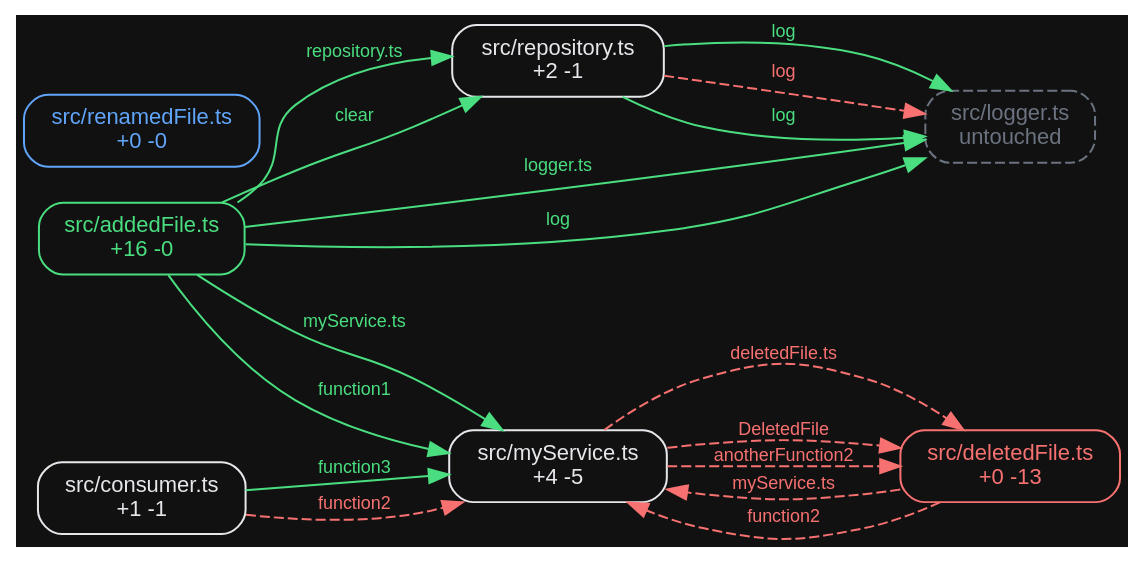
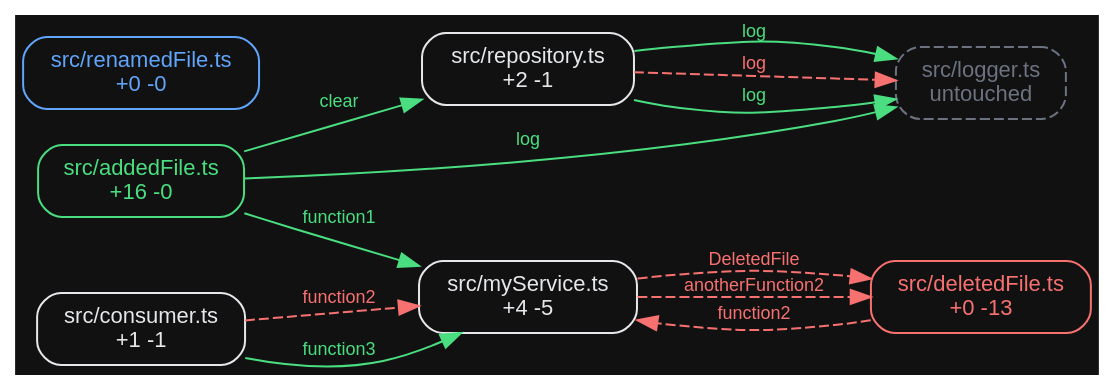
Before and after one commit to PowerEngine98/odin-pr-review: the diagram in docs/examples/graph.dot, drawn with Graphviz. The commit also changed 58 other files, not shown here.

```diff
--- a/docs/examples/graph.dot
+++ b/docs/examples/graph.dot
@@ -1,31 +1,26 @@
 digraph odin {
   bgcolor="#111111";
   rankdir=LR;
   node [shape=box style=rounded fontname="Helvetica" fontsize=11];
   edge [fontname="Helvetica" fontsize=9];
 
   "n:9518c3291d8e" [label="src/addedFile.ts\n+16 -0" color="#4ade80" fontcolor="#4ade80" style="rounded"];
   "n:a5d65acaa45a" [label="src/consumer.ts\n+1 -1" color="#e5e7eb" fontcolor="#e5e7eb" style="rounded"];
   "n:b2a4cf4d702e" [label="src/deletedFile.ts\n+0 -13" color="#f87171" fontcolor="#f87171" style="rounded"];
   "n:7ca9a636a596" [label="src/logger.ts\nuntouched" color="#6b7280" fontcolor="#6b7280" style="rounded,dashed"];
   "n:5353548f9372" [label="src/myService.ts\n+4 -5" color="#e5e7eb" fontcolor="#e5e7eb" style="rounded"];
   "n:d26c6859c04e" [label="src/renamedFile.ts\n+0 -0" color="#60a5fa" fontcolor="#60a5fa" style="rounded"];
   "n:c14920f42f50" [label="src/repository.ts\n+2 -1" color="#e5e7eb" fontcolor="#e5e7eb" style="rounded"];
 
-  "n:5353548f9372" -> "n:b2a4cf4d702e" [label="deletedFile.ts" color="#f87171" fontcolor="#f87171" style="dashed"];
   "n:5353548f9372" -> "n:b2a4cf4d702e" [label="DeletedFile" color="#f87171" fontcolor="#f87171" style="dashed"];
   "n:5353548f9372" -> "n:b2a4cf4d702e" [label="anotherFunction2" color="#f87171" fontcolor="#f87171" style="dashed"];
-  "n:9518c3291d8e" -> "n:7ca9a636a596" [label="logger.ts" color="#4ade80" fontcolor="#4ade80" style="solid"];
-  "n:9518c3291d8e" -> "n:5353548f9372" [label="myService.ts" color="#4ade80" fontcolor="#4ade80" style="solid"];
-  "n:9518c3291d8e" -> "n:c14920f42f50" [label="repository.ts" color="#4ade80" fontcolor="#4ade80" style="solid"];
   "n:9518c3291d8e" -> "n:7ca9a636a596" [label="log" color="#4ade80" fontcolor="#4ade80" style="solid"];
   "n:9518c3291d8e" -> "n:5353548f9372" [label="function1" color="#4ade80" fontcolor="#4ade80" style="solid"];
   "n:9518c3291d8e" -> "n:c14920f42f50" [label="clear" color="#4ade80" fontcolor="#4ade80" style="solid"];
   "n:a5d65acaa45a" -> "n:5353548f9372" [label="function3" color="#4ade80" fontcolor="#4ade80" style="solid"];
   "n:a5d65acaa45a" -> "n:5353548f9372" [label="function2" color="#f87171" fontcolor="#f87171" style="dashed"];
-  "n:b2a4cf4d702e" -> "n:5353548f9372" [label="myService.ts" color="#f87171" fontcolor="#f87171" style="dashed"];
   "n:b2a4cf4d702e" -> "n:5353548f9372" [label="function2" color="#f87171" fontcolor="#f87171" style="dashed"];
   "n:c14920f42f50" -> "n:7ca9a636a596" [label="log" color="#f87171" fontcolor="#f87171" style="dashed"];
   "n:c14920f42f50" -> "n:7ca9a636a596" [label="log" color="#4ade80" fontcolor="#4ade80" style="solid"];
   "n:c14920f42f50" -> "n:7ca9a636a596" [label="log" color="#4ade80" fontcolor="#4ade80" style="solid"];
 }
```
